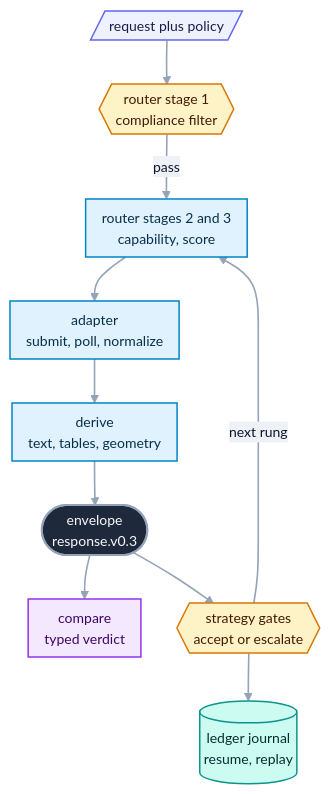
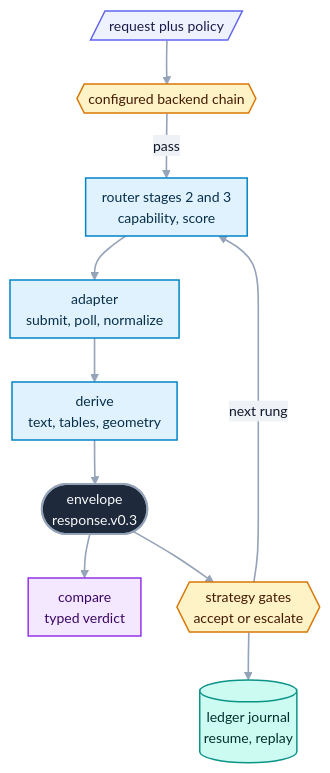
The diagram in src/openreading/README.md (openreading-ai/openreading-core), drawn with Mermaid before and after one commit. The commit also changed other lines of this file and 216 other files, not shown here.

````diff
--- a/src/openreading/README.md
+++ b/src/openreading/README.md
@@ -86,22 +84,22 @@
 ```mermaid
 %%{init: {"theme":"base","themeVariables":{"fontFamily":"ui-sans-serif, system-ui, -apple-system, Segoe UI, Roboto, sans-serif","fontSize":"14px","lineColor":"#94a3b8","textColor":"#334155","primaryTextColor":"#0f172a","edgeLabelBackground":"#eef2f7","clusterBkg":"#f8fafc","clusterBorder":"#cbd5e1","titleColor":"#334155"},"flowchart":{"curve":"basis","nodeSpacing":36,"rankSpacing":44,"padding":8,"useMaxWidth":true}}}%%
 flowchart TD
-  Q[/"request plus policy"/]:::src --> R1{{"router stage 1<br>compliance filter"}}:::gate
+  Q[/"request plus policy"/]:::src --> R1{{"configured backend chain"}}:::gate
   R1 -- "pass" --> R2["router stages 2 and 3<br>capability, score"]:::work
   R2 --> AD["adapter<br>submit, poll, normalize"]:::work
   AD --> DV["derive<br>text, tables, geometry"]:::work
   DV --> EN(["envelope<br>response.v0.3"]):::hero
   EN --> CP["compare<br>typed verdict"]:::out
   EN --> ST{{"strategy gates<br>accept or escalate"}}:::gate
   ST -- "next rung" --> R2
   ST --> LG[("ledger journal<br>resume, replay")]:::store
   classDef src fill:#eef2ff,stroke:#6366f1,stroke-width:1.5px,color:#1e1b4b;
   classDef work fill:#e0f2fe,stroke:#0284c7,stroke-width:1.5px,color:#082f49;
   classDef gate fill:#fef3c7,stroke:#d97706,stroke-width:1.5px,color:#451a03;
   classDef good fill:#dcfce7,stroke:#16a34a,stroke-width:1.5px,color:#052e16;
   classDef bad fill:#fee2e2,stroke:#dc2626,stroke-width:1.5px,color:#450a0a;
   classDef store fill:#ccfbf1,stroke:#0d9488,stroke-width:1.5px,color:#042f2e;
   classDef out fill:#f3e8ff,stroke:#9333ea,stroke-width:1.5px,color:#3b0764;
   classDef hero fill:#1e293b,stroke:#94a3b8,stroke-width:2px,color:#f8fafc;
   linkStyle default stroke-width:1.6px;
 ```
````
